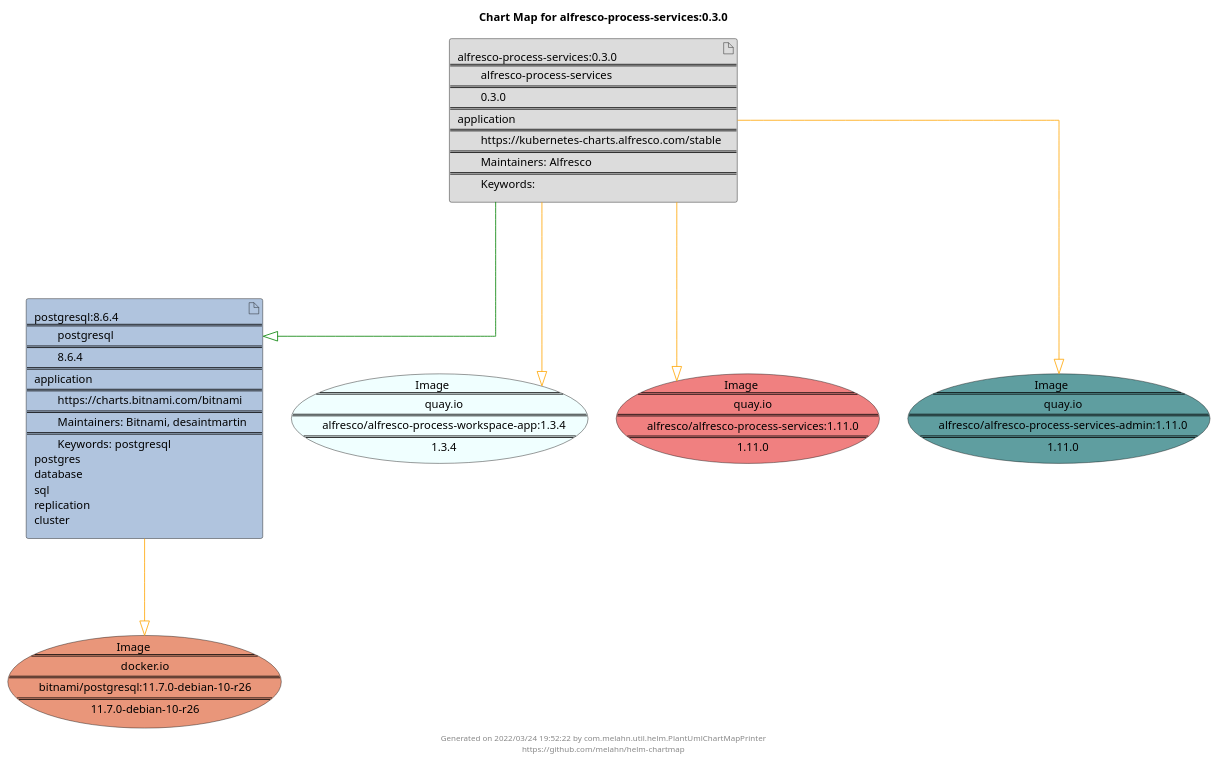
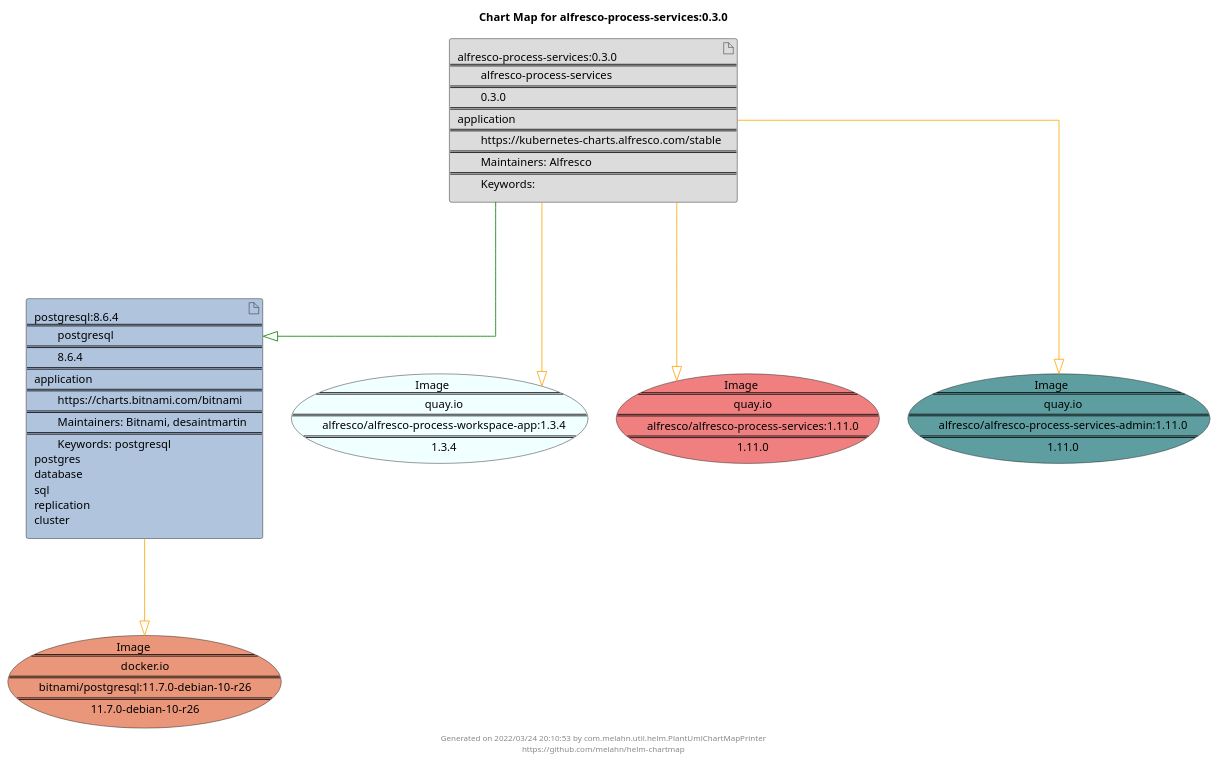
The diagram in docs/alfresco-process-services/alfresco-process-services-0.3.0.puml (melahn/helm-chartmap), drawn with PlantUML before and after one commit. The commit also changed 51 other files, not shown here.

Commit message:
Update Example Chart Maps as part of GitHub build

```diff
--- a/docs/alfresco-process-services/alfresco-process-services-0.3.0.puml
+++ b/docs/alfresco-process-services/alfresco-process-services-0.3.0.puml
@@ -1,29 +1,29 @@
 @startuml
 skinparam linetype ortho
 skinparam backgroundColor white
 skinparam usecaseBorderColor black
 skinparam usecaseArrowColor LightSlateGray
 skinparam artifactBorderColor black
 skinparam artifactArrowColor LightSlateGray
 
 title Chart Map for alfresco-process-services:0.3.0
 
 'There are 2 referenced Helm Charts
 artifact "alfresco-process-services:0.3.0\n====\n\talfresco-process-services\n====\n\t0.3.0\n====\napplication\n====\n\thttps://kubernetes-charts.alfresco.com/stable\n====\n\tMaintainers: Alfresco\n====\n\tKeywords: " as alfresco_process_services_0_3_0 #Gainsboro
 artifact "postgresql:8.6.4\n====\n\tpostgresql\n====\n\t8.6.4\n====\napplication\n====\n\thttps://charts.bitnami.com/bitnami\n====\n\tMaintainers: Bitnami, desaintmartin\n====\n\tKeywords: postgresql\npostgres\ndatabase\nsql\nreplication\ncluster" as postgresql_8_6_4 #LightSteelBlue
 
 'There are 4 referenced Docker Images
 usecase "Image\n====\n\tquay.io\n====\n\talfresco/alfresco-process-workspace-app:1.3.4\n====\n\t1.3.4" as quay_io_alfresco_alfresco_process_workspace_app_1_3_4 #Azure
 usecase "Image\n====\n\tquay.io\n====\n\talfresco/alfresco-process-services:1.11.0\n====\n\t1.11.0" as quay_io_alfresco_alfresco_process_services_1_11_0 #LightCoral
 usecase "Image\n====\n\tquay.io\n====\n\talfresco/alfresco-process-services-admin:1.11.0\n====\n\t1.11.0" as quay_io_alfresco_alfresco_process_services_admin_1_11_0 #CadetBlue
 usecase "Image\n====\n\tdocker.io\n====\n\tbitnami/postgresql:11.7.0-debian-10-r26\n====\n\t11.7.0-debian-10-r26" as docker_io_bitnami_postgresql_11_7_0_debian_10_r26 #DarkSalmon
 
 'Chart Dependencies
 alfresco_process_services_0_3_0--[#green]-|>postgresql_8_6_4
 alfresco_process_services_0_3_0--[#orange]-|>quay_io_alfresco_alfresco_process_services_admin_1_11_0
 alfresco_process_services_0_3_0--[#orange]-|>quay_io_alfresco_alfresco_process_workspace_app_1_3_4
 alfresco_process_services_0_3_0--[#orange]-|>quay_io_alfresco_alfresco_process_services_1_11_0
 postgresql_8_6_4--[#orange]-|>docker_io_bitnami_postgresql_11_7_0_debian_10_r26
 
-center footer Generated on 2022/03/24 19:52:22 by com.melahn.util.helm.PlantUmlChartMapPrinter\nhttps://github.com/melahn/helm-chartmap
+center footer Generated on 2022/03/24 20:10:53 by com.melahn.util.helm.PlantUmlChartMapPrinter\nhttps://github.com/melahn/helm-chartmap
 @enduml
```
